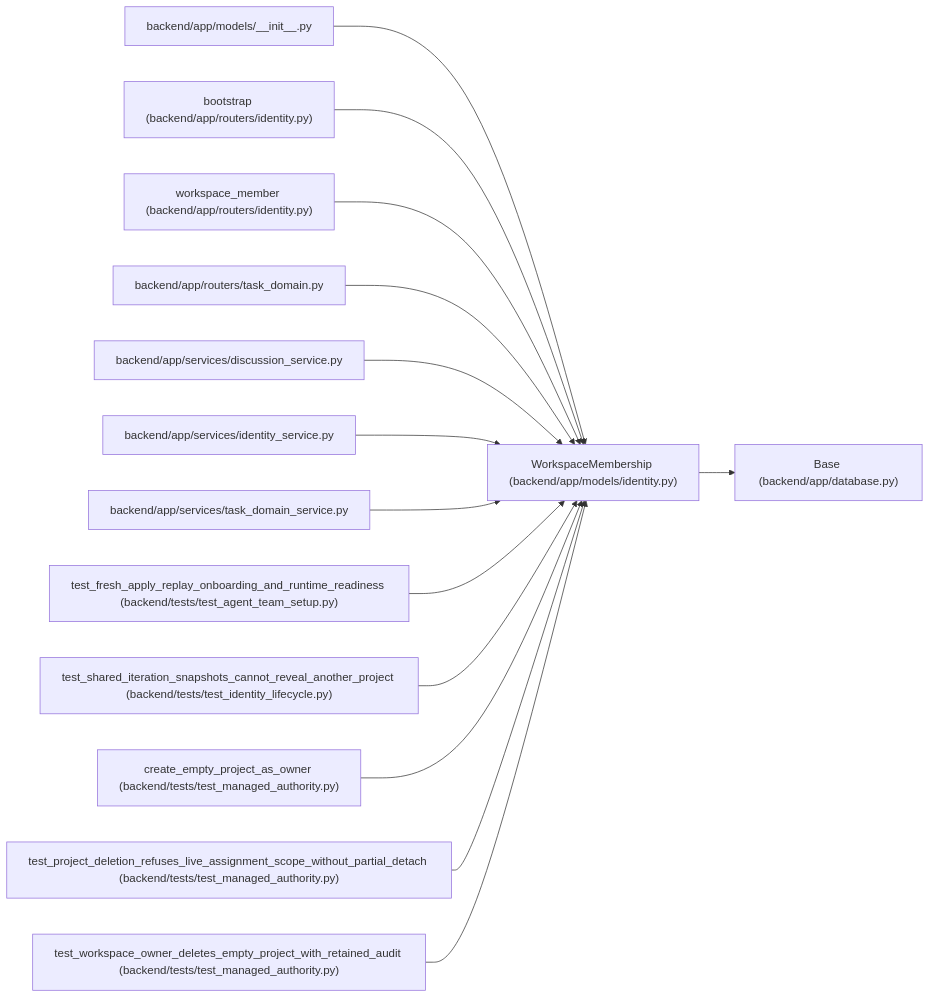
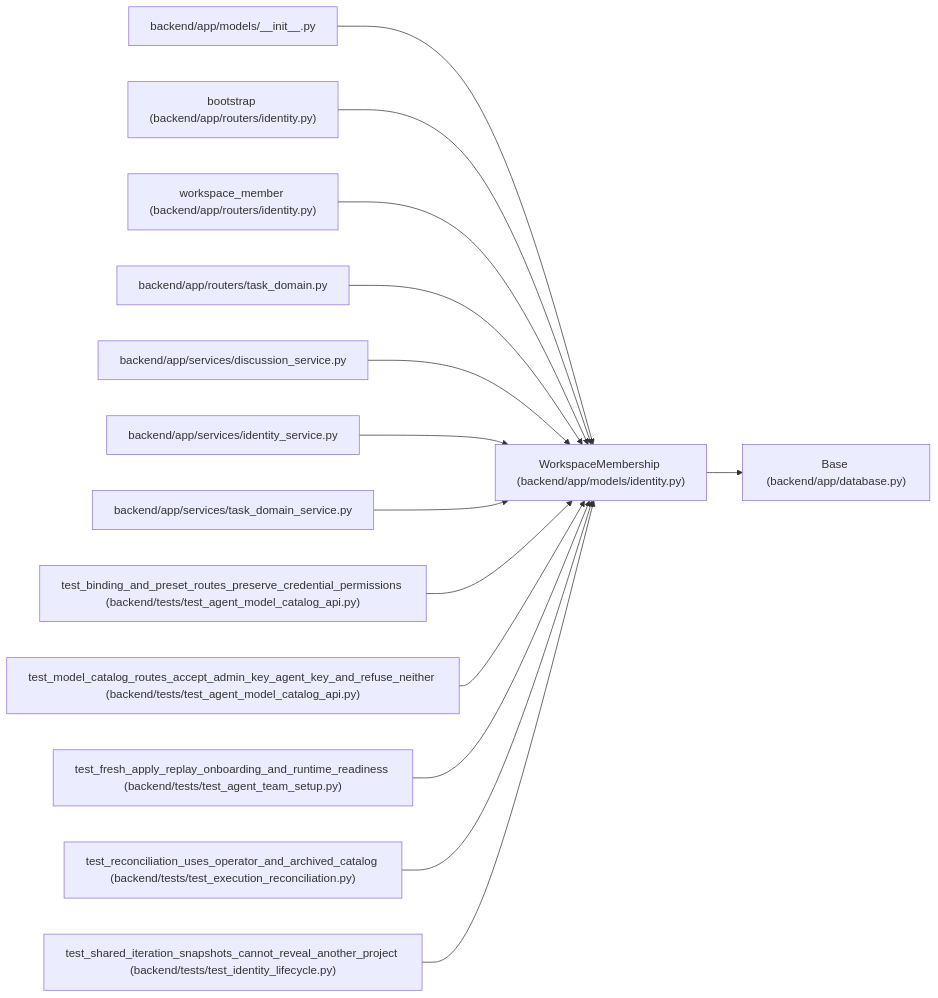
Before and after one commit to Denissvgn/WorkChord: the diagram in docs/llm_wiki/entities/WorkspaceMembership.md, drawn with Mermaid. The commit also changed other lines of this file and 2373 other files, not shown here.

Commit message:
Refresh workspace and agent review documentation

````diff
--- a/docs/llm_wiki/entities/WorkspaceMembership.md
+++ b/docs/llm_wiki/entities/WorkspaceMembership.md
@@ -27,44 +27,44 @@
 ```mermaid
 flowchart LR
     n0["WorkspaceMembership (backend/app/models/identity.py)"]
     n1["Base (backend/app/database.py)"]
     n2["backend/app/models/__init__.py"]
     n3["bootstrap (backend/app/routers/identity.py)"]
     n4["workspace_member (backend/app/routers/identity.py)"]
     n5["backend/app/routers/task_domain.py"]
     n6["backend/app/services/discussion_service.py"]
     n7["backend/app/services/identity_service.py"]
     n8["backend/app/services/task_domain_service.py"]
-    n9["test_fresh_apply_replay_onboarding_and_runtime_readiness (backend/tests/test_agent_team_setup.py)"]
-    n10["test_shared_iteration_snapshots_cannot_reveal_another_project (backend/tests/test_identity_lifecycle.py)"]
-    n11["create_empty_project_as_owner (backend/tests/test_managed_authority.py)"]
-    n12["test_project_deletion_refuses_live_assignment_scope_without_partial_detach (backend/tests/test_managed_authority.py)"]
-    n13["test_workspace_owner_deletes_empty_project_with_retained_audit (backend/tests/test_managed_authority.py)"]
+    n9["test_binding_and_preset_routes_preserve_credential_permissions (backend/tests/test_agent_model_catalog_api.py)"]
+    n10["test_model_catalog_routes_accept_admin_key_agent_key_and_refuse_neither (backend/tests/test_agent_model_catalog_api.py)"]
+    n11["test_fresh_apply_replay_onboarding_and_runtime_readiness (backend/tests/test_agent_team_setup.py)"]
+    n12["test_reconciliation_uses_operator_and_archived_catalog (backend/tests/test_execution_reconciliation.py)"]
+    n13["test_shared_iteration_snapshots_cannot_reveal_another_project (backend/tests/test_identity_lifecycle.py)"]
     n0 --> n1
     n2 --> n0
     n3 --> n0
     n4 --> n0
     n5 --> n0
     n6 --> n0
     n7 --> n0
     n8 --> n0
     n9 --> n0
     n10 --> n0
     n11 --> n0
     n12 --> n0
     n13 --> n0
     click n0 "../modules/models_identity.md"
     click n1 "../modules/app_database.md"
     click n2 "../modules/models___init__.md"
     click n3 "../modules/routers_identity.md"
     click n4 "../modules/routers_identity.md"
     click n5 "../modules/routers_task_domain.md"
     click n6 "../modules/discussion_service.md"
     click n7 "../modules/identity_service.md"
     click n8 "../modules/task_domain_service.md"
-    click n9 "../modules/test_agent_team_setup.md"
-    click n10 "../modules/test_identity_lifecycle.md"
-    click n11 "../modules/test_managed_authority.md"
-    click n12 "../modules/test_managed_authority.md"
-    click n13 "../modules/test_managed_authority.md"
+    click n9 "../modules/test_agent_model_catalog_api.md"
+    click n10 "../modules/test_agent_model_catalog_api.md"
+    click n11 "../modules/test_agent_team_setup.md"
+    click n12 "../modules/test_execution_reconciliation.md"
+    click n13 "../modules/test_identity_lifecycle.md"
 ```
````
